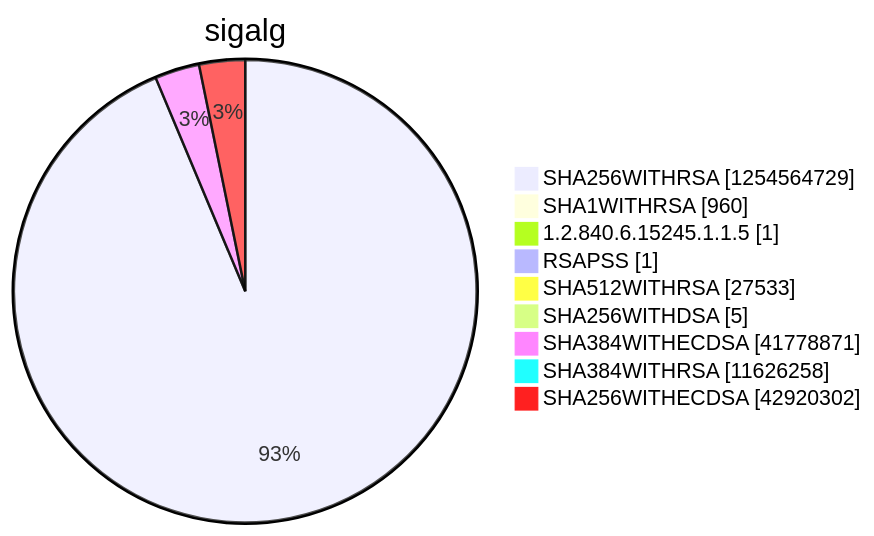
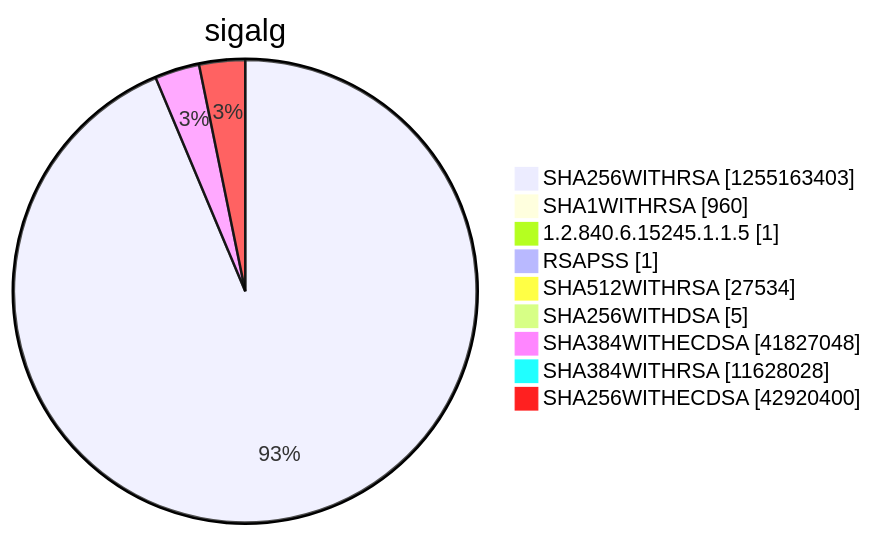
Before and after one commit to christiankrug/ctmonitor_visualization: diagram 15 of 15 in argon2022/README.md, drawn with Mermaid. The commit also changed other lines of this file, not shown here.

````diff
--- a/argon2022/README.md
+++ b/argon2022/README.md
@@ -5522,13 +5522,13 @@
 ```mermaid
 pie showData
 title sigalg
-"SHA256WITHRSA" :1254564729
+"SHA256WITHRSA" :1255163403
 "SHA1WITHRSA" :960
 "1.2.840.6.15245.1.1.5" :1
 "RSAPSS" :1
-"SHA512WITHRSA" :27533
+"SHA512WITHRSA" :27534
 "SHA256WITHDSA" :5
-"SHA384WITHECDSA" :41778871
-"SHA384WITHRSA" :11626258
-"SHA256WITHECDSA" :42920302
+"SHA384WITHECDSA" :41827048
+"SHA384WITHRSA" :11628028
+"SHA256WITHECDSA" :42920400
 ```
````
